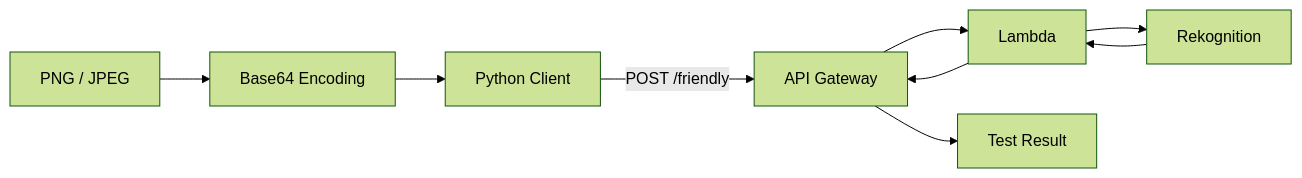
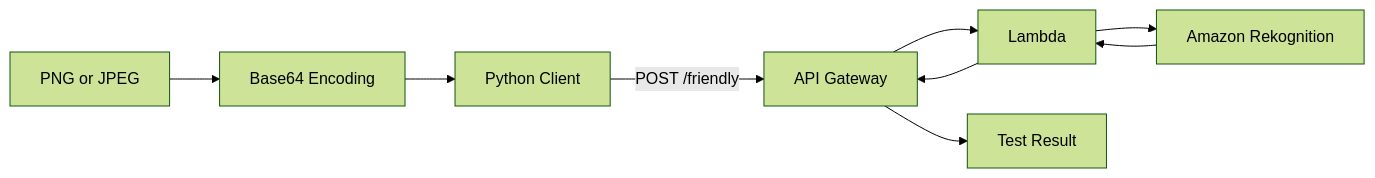
Before and after one commit to aliaagamall/cloud-projects: diagram 11 of 12 in 02-image-analyzer/docs/architecture.md, drawn with Mermaid (forest theme). The commit also changed other lines of this file, not shown here.

Commit message:
fix(architecture): correct GitHub Mermaid diagrams

````diff
--- a/02-image-analyzer/docs/architecture.md
+++ b/02-image-analyzer/docs/architecture.md
@@ -387,19 +399,19 @@
 ```mermaid
 flowchart LR
-    PYTHON[Python Client]
-    IMAGE[PNG / JPEG]
-    ENCODE[Base64 Encoding]
-    API[API Gateway]
-    LAMBDA[Lambda]
-    REK[Rekognition]
-    RESULT[Test Result]
+    PYTHON["Python Client"]
+    IMAGE["PNG or JPEG"]
+    ENCODE["Base64 Encoding"]
+    API["API Gateway"]
+    LAMBDA["Lambda"]
+    REK["Amazon Rekognition"]
+    RESULT["Test Result"]
 
     IMAGE --> ENCODE
     ENCODE --> PYTHON
-    PYTHON -->|POST /friendly| API
+    PYTHON -->|"POST /friendly"| API
     API --> LAMBDA
     LAMBDA --> REK
     REK --> LAMBDA
     LAMBDA --> API
     API --> RESULT
 ```
````
